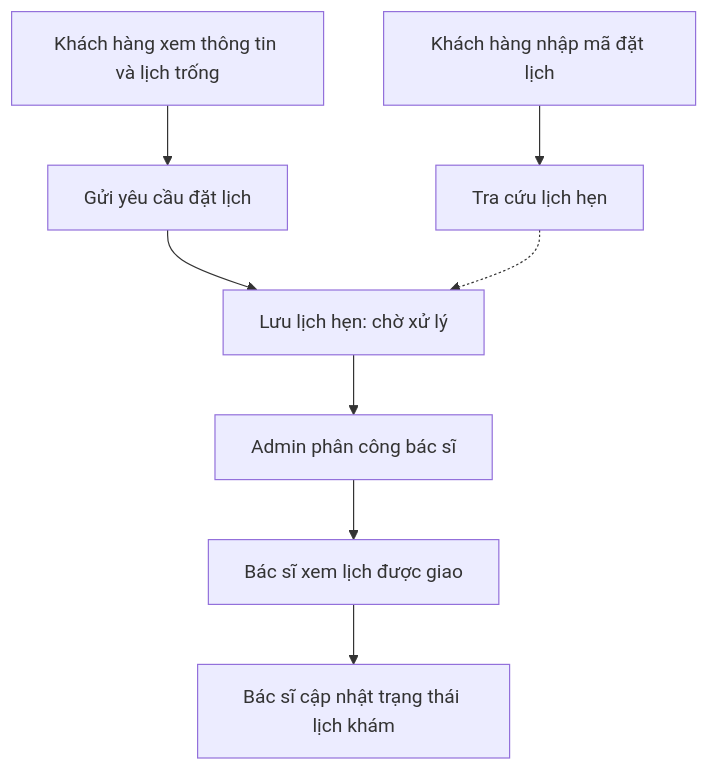
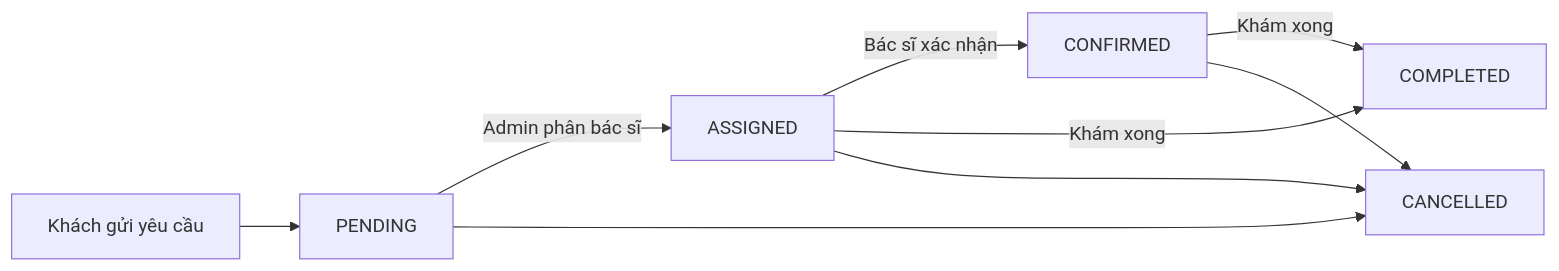
The first of 2 diagrams in README.md (FlowBoat123/KTPM-BTL), drawn with Mermaid before and after one commit. The commit also changed other lines of this file and 50 other files, not shown here.

````diff
--- a/README.md
+++ b/README.md
@@ -33,10 +15,11 @@
 ```mermaid
-flowchart TD
-    A[Khách hàng xem thông tin và lịch trống] --> B[Gửi yêu cầu đặt lịch]
-    B --> C[Lưu lịch hẹn: chờ xử lý]
-    C --> D[Admin phân công bác sĩ]
-    D --> E[Bác sĩ xem lịch được giao]
-    E --> F[Bác sĩ cập nhật trạng thái lịch khám]
-    G[Khách hàng nhập mã đặt lịch] --> H[Tra cứu lịch hẹn]
-    H -.-> C
+flowchart LR
+    A[Khách gửi yêu cầu] --> B[PENDING]
+    B -->|Admin phân bác sĩ| C[ASSIGNED]
+    C -->|Bác sĩ xác nhận| D[CONFIRMED]
+    C -->|Khám xong| E[COMPLETED]
+    D -->|Khám xong| E
+    B --> F[CANCELLED]
+    C --> F
+    D --> F
 ```
````
